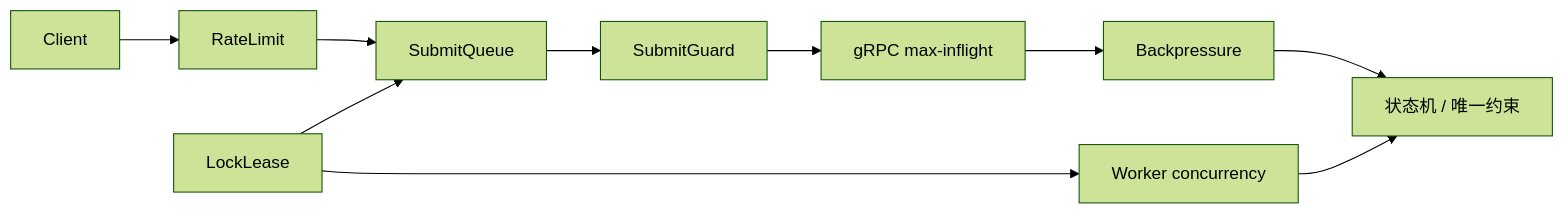
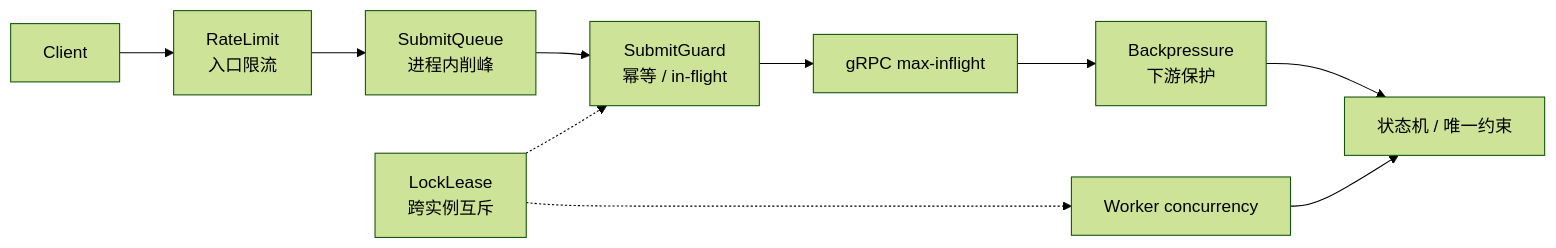
One commit to FangcunMount/qs-server changed the eighth of 13 diagrams in docs/06-宣讲/10-架构图素材索引.md. Above: the diagram before and after it, drawn with Mermaid (forest theme). The commit also changed other lines of this file and 25 other files, not shown here.

````diff
--- a/docs/06-宣讲/10-架构图素材索引.md
+++ b/docs/06-宣讲/10-架构图素材索引.md
@@ -431,17 +608,17 @@
 ```mermaid
 flowchart LR
     Client["Client"]
-    Rate["RateLimit"]
-    Queue["SubmitQueue"]
-    Guard["SubmitGuard"]
+    Rate["RateLimit<br/>入口限流"]
+    Queue["SubmitQueue<br/>进程内削峰"]
+    Guard["SubmitGuard<br/>幂等 / in-flight"]
     Inflight["gRPC max-inflight"]
-    BP["Backpressure"]
-    Lock["LockLease"]
+    BP["Backpressure<br/>下游保护"]
+    Lock["LockLease<br/>跨实例互斥"]
     Worker["Worker concurrency"]
     State["状态机 / 唯一约束"]
 
     Client --> Rate --> Queue --> Guard --> Inflight --> BP --> State
-    Lock --> Queue
-    Lock --> Worker
+    Lock -.-> Guard
+    Lock -.-> Worker
     Worker --> State
 ```
````
